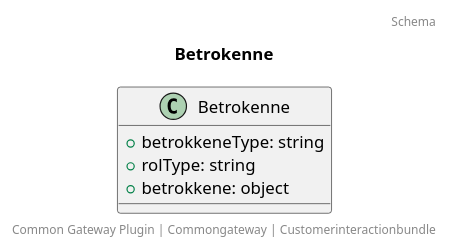
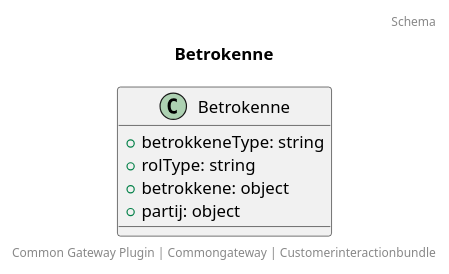
Before and after one commit to CommonGateway/CustomerInteractionBundle: the diagram in docs/schema/klant.taak.betrokkene.puml, drawn with PlantUML. The commit also changed 29 other files, not shown here.

```diff
--- a/docs/schema/klant.taak.betrokkene.puml
+++ b/docs/schema/klant.taak.betrokkene.puml
@@ -1,11 +1,12 @@
 @startuml
 title: Betrokenne
 footer: Common Gateway Plugin | Commongateway | Customerinteractionbundle 
 header: Schema
 
 class Betrokenne {
   + betrokkeneType: string
   + rolType: string
   + betrokkene: object
+  + partij: object
 }
 @enduml
```
